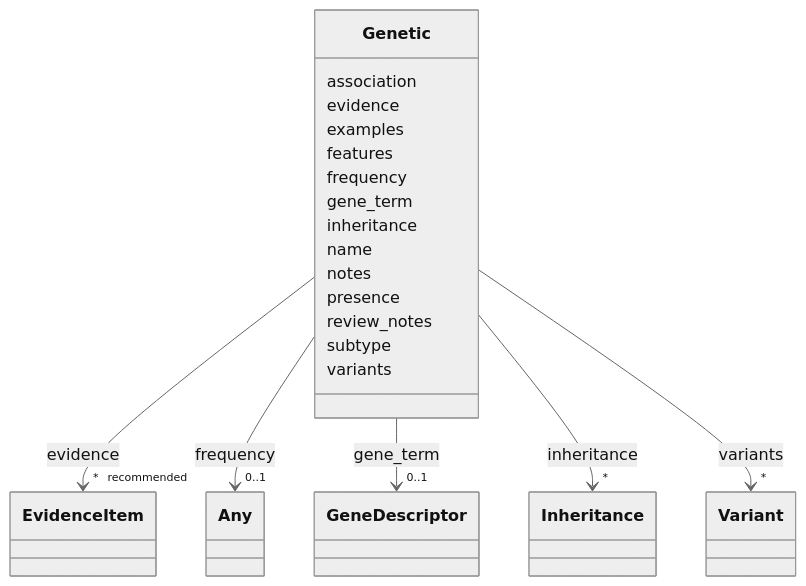
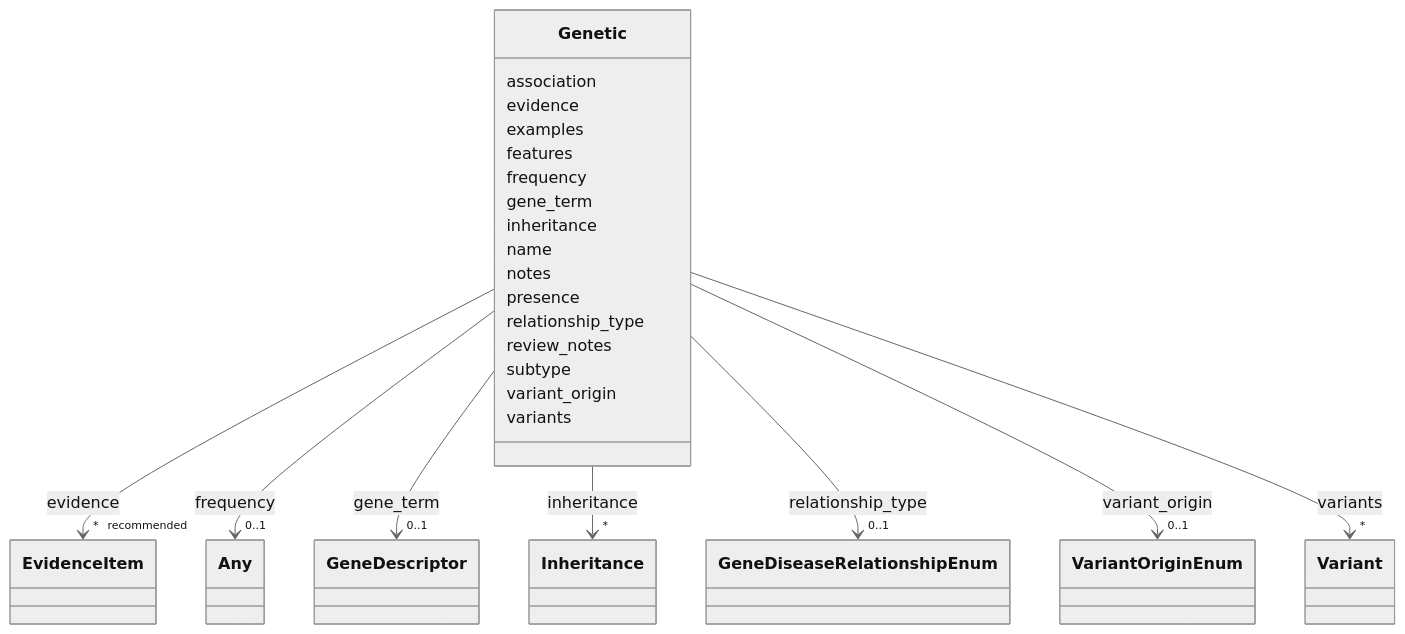
The diagram in docs/schema/classes/Genetic.md (monarch-initiative/dismech), drawn with Mermaid (neutral theme) before and after one commit. The commit also changed other lines of this file and 1343 other files, not shown here.

First line of the commit message:
docs: regenerate schema docs and point design-decisions link at rendered page

```diff
--- a/docs/schema/classes/Genetic.md
+++ b/docs/schema/classes/Genetic.md
@@ -70,9 +70,31 @@
         
       Genetic : presence
         
+      Genetic : relationship_type
+        
+          
+    
+        
+        
+        Genetic --> "0..1" GeneDiseaseRelationshipEnum : relationship_type
+        click GeneDiseaseRelationshipEnum href "../../enums/GeneDiseaseRelationshipEnum/"
+    
+
+        
       Genetic : review_notes
         
       Genetic : subtype
+        
+      Genetic : variant_origin
+        
+          
+    
+        
+        
+        Genetic --> "0..1" VariantOriginEnum : variant_origin
+        click VariantOriginEnum href "../../enums/VariantOriginEnum/"
+    
+
         
       Genetic : variants
         
```
